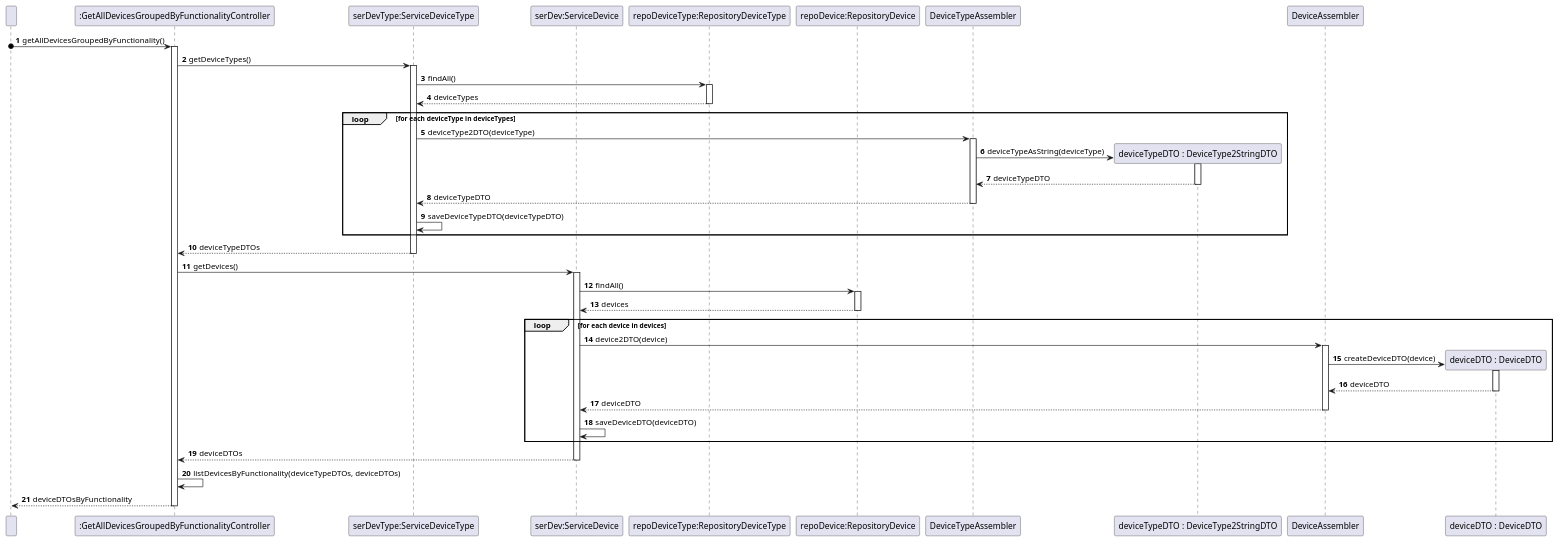
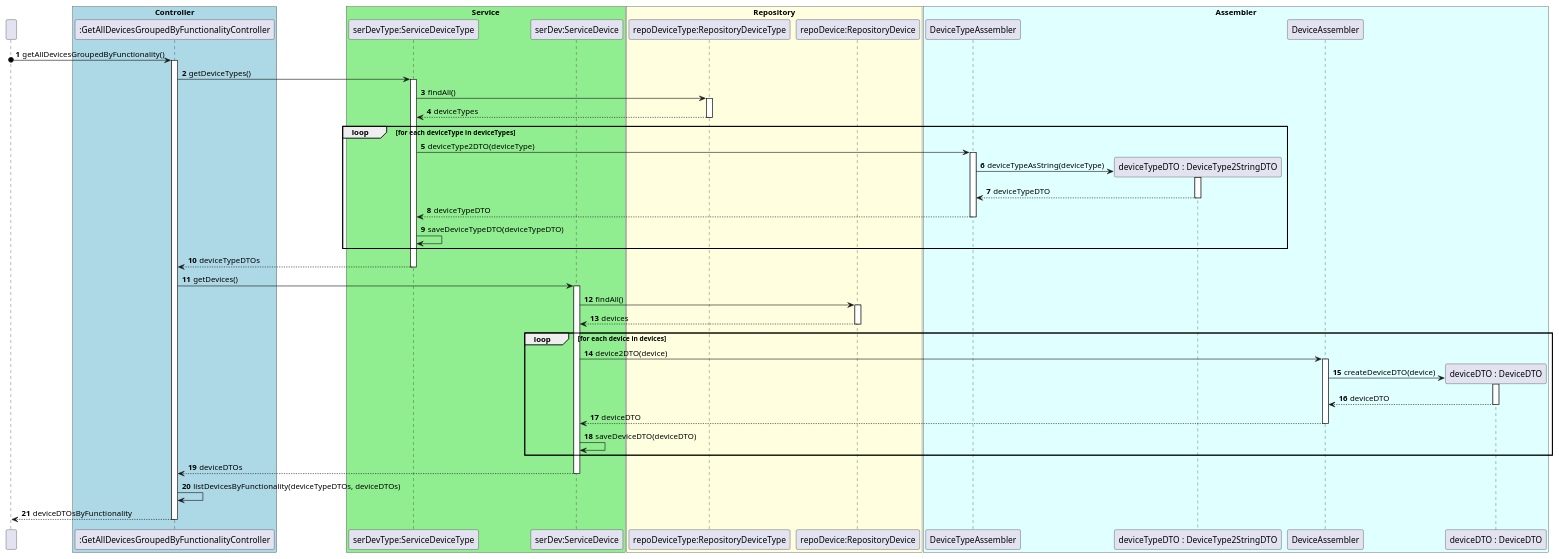
One commit to olivDiogo/SmartHome changed the diagram in docs/ood/sequenceDiagram/US09GetAllDevicesGroupedByFunctionality.puml. Above: the diagram before and after it, drawn with PlantUML.

Commit message:
#102 [UPDATE]: Updated the Sequence Diagram for US09 - added coloured boxes to seperate layers

```diff
--- a/docs/ood/sequenceDiagram/US09GetAllDevicesGroupedByFunctionality.puml
+++ b/docs/ood/sequenceDiagram/US09GetAllDevicesGroupedByFunctionality.puml
@@ -1,113 +1,120 @@
 @startuml
 'https://plantuml.com/sequence-diagram
 
 participant " " as User
 
+box "Controller" #LightBlue
 participant ":GetAllDevicesGroupedByFunctionalityController" as GetAllDevicesGroupedByFunctionalityController
+end box
 
+box "Service" #LightGreen
 participant "serDevType:ServiceDeviceType" as ServiceDeviceType
 
 participant "serDev:ServiceDevice" as ServiceDevice
+end box
 
+box "Repository" #LightYellow
 participant "repoDeviceType:RepositoryDeviceType" as RepositoryDeviceType
 
 participant "repoDevice:RepositoryDevice" as RepositoryDevice
+end box
 
+box "Assembler" #LightCyan
 participant "DeviceTypeAssembler" as DeviceTypeAssembler
 
 participant "deviceTypeDTO : DeviceType2StringDTO" as DeviceType2StringDTO
 
 participant "DeviceAssembler" as DeviceAssembler
 
 participant "deviceDTO : DeviceDTO" as DeviceDTO
-
+end box
 
 autonumber
 
 User o-> GetAllDevicesGroupedByFunctionalityController: getAllDevicesGroupedByFunctionality()
 
 activate GetAllDevicesGroupedByFunctionalityController
 
 GetAllDevicesGroupedByFunctionalityController -> ServiceDeviceType: getDeviceTypes()
 
 activate ServiceDeviceType
 
 ServiceDeviceType -> RepositoryDeviceType: findAll()
 
 activate RepositoryDeviceType
 
 RepositoryDeviceType --> ServiceDeviceType: deviceTypes
 
 deactivate RepositoryDeviceType
 
 loop for each deviceType in deviceTypes
     ServiceDeviceType -> DeviceTypeAssembler: deviceType2DTO(deviceType)
 
     activate DeviceTypeAssembler
     create DeviceType2StringDTO
     DeviceTypeAssembler -> DeviceType2StringDTO: deviceTypeAsString(deviceType)
 
     activate DeviceType2StringDTO
 
     DeviceType2StringDTO --> DeviceTypeAssembler: deviceTypeDTO
 
     deactivate DeviceType2StringDTO
 
     DeviceTypeAssembler --> ServiceDeviceType: deviceTypeDTO
 
     deactivate DeviceTypeAssembler
 
     ServiceDeviceType -> ServiceDeviceType: saveDeviceTypeDTO(deviceTypeDTO)
 
 end
 
 ServiceDeviceType --> GetAllDevicesGroupedByFunctionalityController : deviceTypeDTOs
 
 deactivate ServiceDeviceType
 
 
 
 GetAllDevicesGroupedByFunctionalityController -> ServiceDevice : getDevices()
 
 activate ServiceDevice
 
 ServiceDevice -> RepositoryDevice: findAll()
 
 activate RepositoryDevice
 
 RepositoryDevice --> ServiceDevice: devices
 
 deactivate RepositoryDevice
 
 loop for each device in devices
     ServiceDevice -> DeviceAssembler: device2DTO(device)
 
     activate DeviceAssembler
     create DeviceDTO
     DeviceAssembler -> DeviceDTO: createDeviceDTO(device)
 
     activate DeviceDTO
 
     DeviceDTO --> DeviceAssembler: deviceDTO
 
     deactivate DeviceDTO
 
     DeviceAssembler --> ServiceDevice: deviceDTO
 
     deactivate DeviceAssembler
 
     ServiceDevice -> ServiceDevice: saveDeviceDTO(deviceDTO)
 
 end
 
 ServiceDevice --> GetAllDevicesGroupedByFunctionalityController: deviceDTOs
 
 deactivate ServiceDevice
 
 GetAllDevicesGroupedByFunctionalityController -> GetAllDevicesGroupedByFunctionalityController: listDevicesByFunctionality(deviceTypeDTOs, deviceDTOs)
 
 GetAllDevicesGroupedByFunctionalityController --> User: deviceDTOsByFunctionality
 
 deactivate GetAllDevicesGroupedByFunctionalityController
 
 @enduml
```
